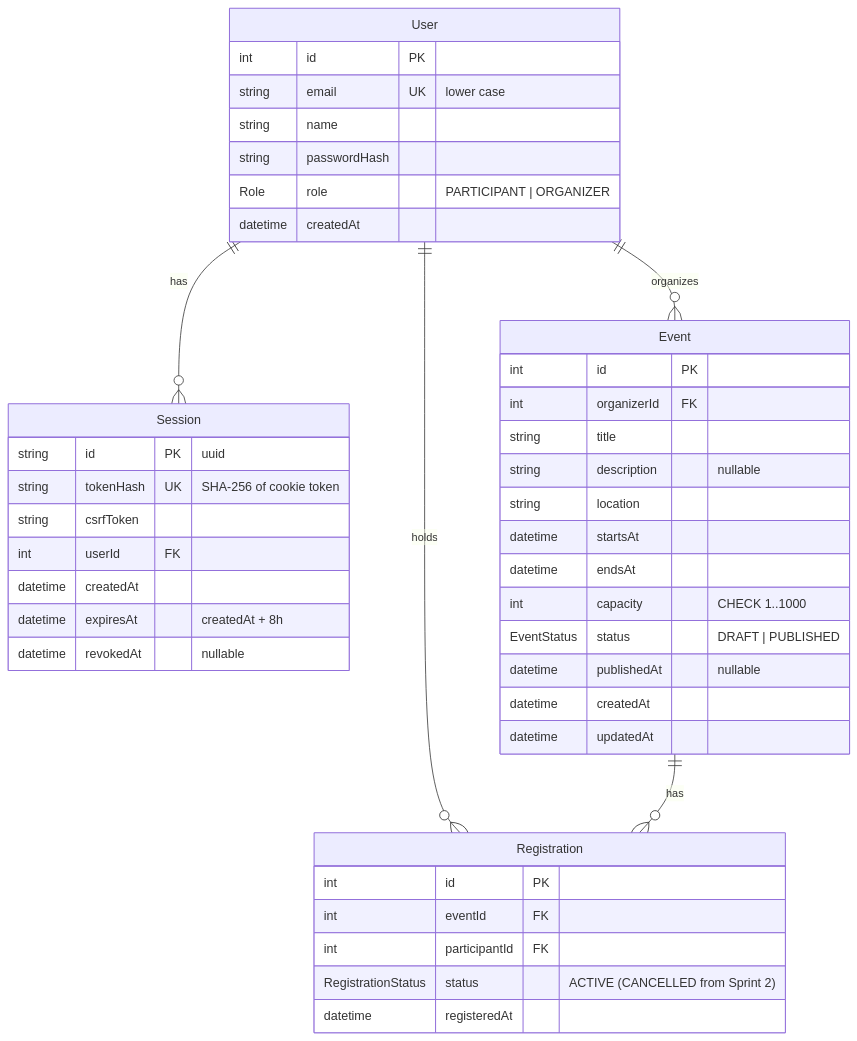
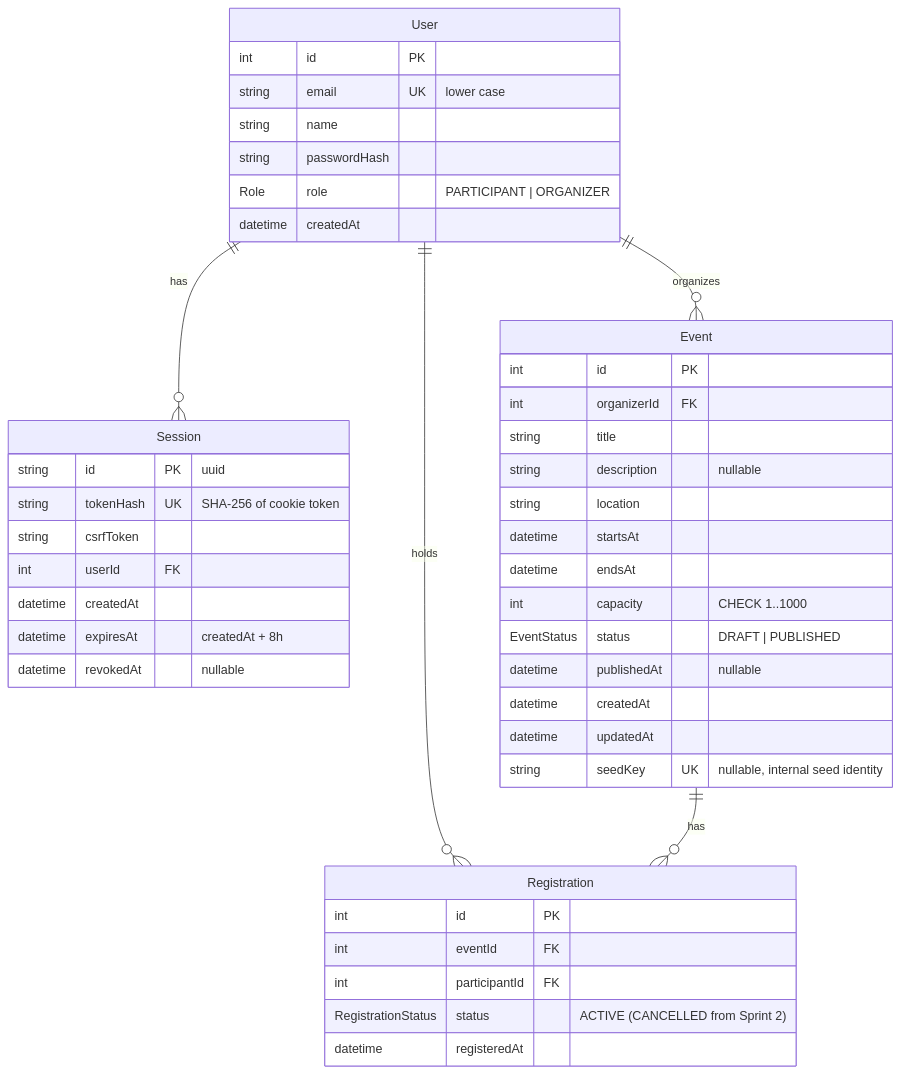
Before and after one commit to Tell52/SE_GPRJ3: the second of 2 diagrams in docs/system-sds.md, drawn with Mermaid. The commit also changed other lines of this file and 43 other files, not shown here.

````diff
--- a/docs/system-sds.md
+++ b/docs/system-sds.md
@@ -28,45 +28,46 @@
 ```mermaid
 erDiagram
   User ||--o{ Session : "has"
   User ||--o{ Event : "organizes"
   User ||--o{ Registration : "holds"
   Event ||--o{ Registration : "has"
   User {
     int id PK
     string email UK "lower case"
     string name
     string passwordHash
     Role role "PARTICIPANT | ORGANIZER"
     datetime createdAt
   }
   Session {
     string id PK "uuid"
     string tokenHash UK "SHA-256 of cookie token"
     string csrfToken
     int userId FK
     datetime createdAt
     datetime expiresAt "createdAt + 8h"
     datetime revokedAt "nullable"
   }
   Event {
     int id PK
     int organizerId FK
     string title
     string description "nullable"
     string location
     datetime startsAt
     datetime endsAt
     int capacity "CHECK 1..1000"
     EventStatus status "DRAFT | PUBLISHED"
     datetime publishedAt "nullable"
     datetime createdAt
     datetime updatedAt
+    string seedKey UK "nullable, internal seed identity"
   }
   Registration {
     int id PK
     int eventId FK
     int participantId FK
     RegistrationStatus status "ACTIVE (CANCELLED from Sprint 2)"
     datetime registeredAt
   }
 ```
````
